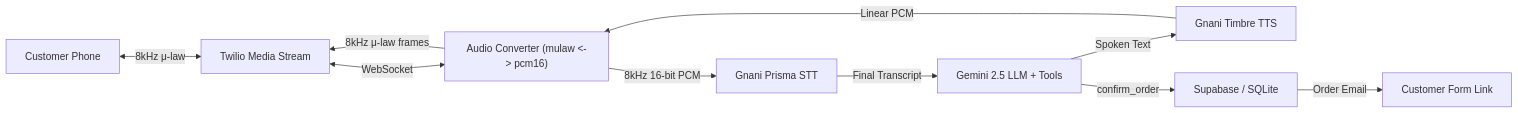
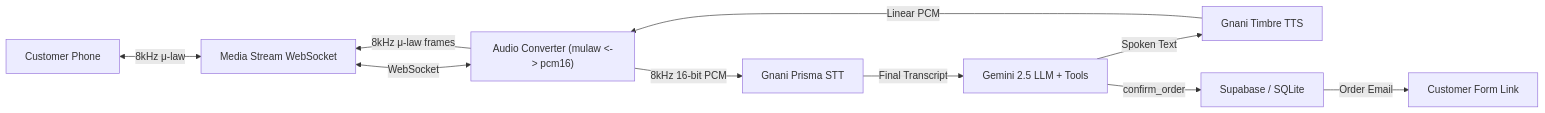
The diagram in README.md (may1102-1909/BARTA-AI), drawn with Mermaid before and after one commit. The commit also changed other lines of this file and 15 other files, not shown here.

````diff
--- a/README.md
+++ b/README.md
@@ -44,12 +44,12 @@
 ```mermaid
 flowchart LR
-    Caller["Customer Phone"] <-->|8kHz μ-law| Twilio["Twilio Media Stream"]
-    Twilio <-->|WebSocket| Converter["Audio Converter (mulaw <-> pcm16)"]
+    Caller["Customer Phone"] <-->|8kHz μ-law| Stream["Media Stream WebSocket"]
+    Stream <-->|WebSocket| Converter["Audio Converter (mulaw <-> pcm16)"]
     Converter -->|8kHz 16-bit PCM| Prisma["Gnani Prisma STT"]
     Prisma -->|Final Transcript| Gemini["Gemini 2.5 LLM + Tools"]
     Gemini -->|Spoken Text| Timbre["Gnani Timbre TTS"]
     Timbre -->|Linear PCM| Converter
-    Converter -->|8kHz μ-law frames| Twilio
+    Converter -->|8kHz μ-law frames| Stream
     Gemini -->|confirm_order| DB["Supabase / SQLite"]
     DB -->|Order Email| Customer["Customer Form Link"]
 ```
````
